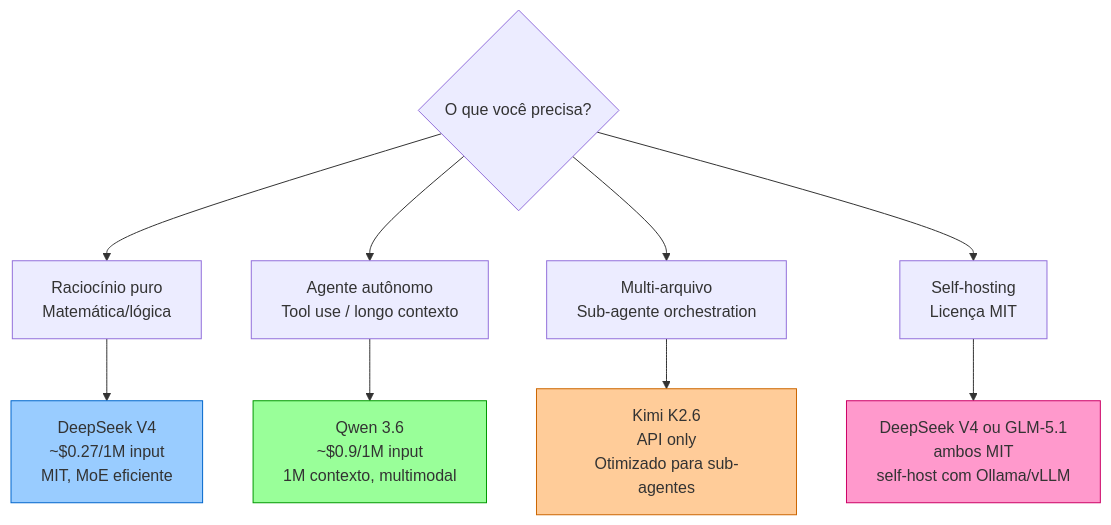
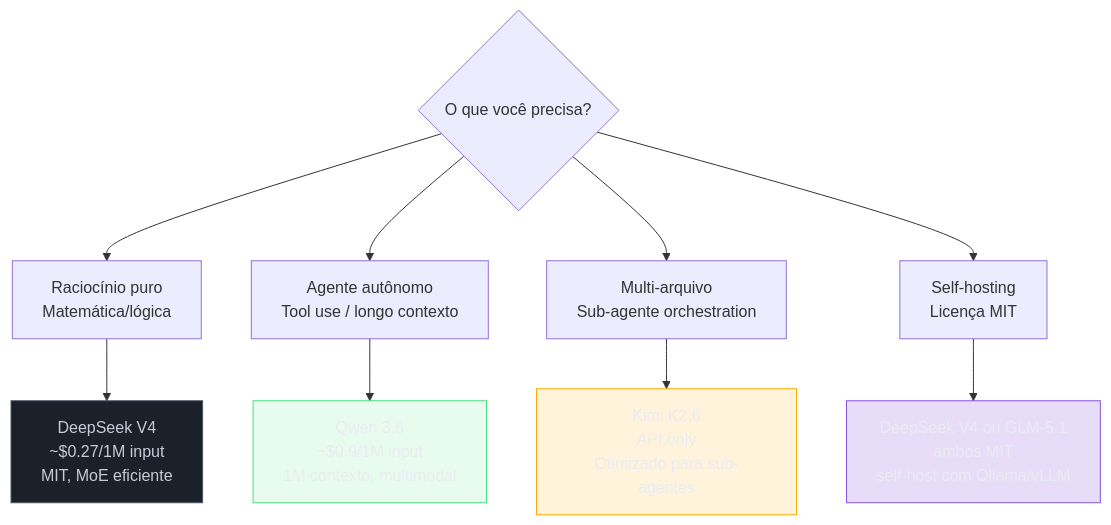
Before and after one commit to josenaldo/codex-technomanticus: the second of 2 diagrams in 03-Dominios/Tecnologia/IA/Anatomia dos LLMs/08 - Modelos chineses — DeepSeek, Qwen, Kimi, GLM.md, drawn with Mermaid. The commit also changed 1181 other files, not shown here.

First line of the commit message:
fix(diagramas): paleta do sistema no lugar de cor cravada no markdown

````diff
--- a/03-Dominios/Tecnologia/IA/Anatomia dos LLMs/08 - Modelos chineses — DeepSeek, Qwen, Kimi, GLM.md
+++ b/03-Dominios/Tecnologia/IA/Anatomia dos LLMs/08 - Modelos chineses — DeepSeek, Qwen, Kimi, GLM.md
@@ -151,17 +151,21 @@
 ```mermaid
 graph TD
+    classDef neutro fill:#1B2029,stroke:#4E5666,color:#C6CCD8
+    classDef ok fill:#4ADE8021,stroke:#4ADE80,color:#E9ECF2
+    classDef destaque fill:#FFAA0024,stroke:#FFAA00,color:#E9ECF2
+    classDef marca fill:#8855DF33,stroke:#8855DF,color:#E9ECF2
     A{O que você precisa?} --> B[Raciocínio puro\nMatemática/lógica]
     A --> C[Agente autônomo\nTool use / longo contexto]
     A --> D[Multi-arquivo\nSub-agente orchestration]
     A --> E[Self-hosting\nLicença MIT]
 
     B --> F["DeepSeek V4\n~$0.27/1M input\nMIT, MoE eficiente"]
     C --> G["Qwen 3.6\n~$0.9/1M input\n1M contexto, multimodal"]
     D --> H["Kimi K2.6\nAPI only\nOtimizado para sub-agentes"]
     E --> I["DeepSeek V4 ou GLM-5.1\nambos MIT\nself-host com Ollama/vLLM"]
 
-    style F fill:#99ccff,stroke:#0066cc
-    style G fill:#99ff99,stroke:#009900
-    style H fill:#ffcc99,stroke:#cc6600
-    style I fill:#ff99cc,stroke:#cc0066
+    class F neutro
+    class G ok
+    class H destaque
+    class I marca
 ```
````
